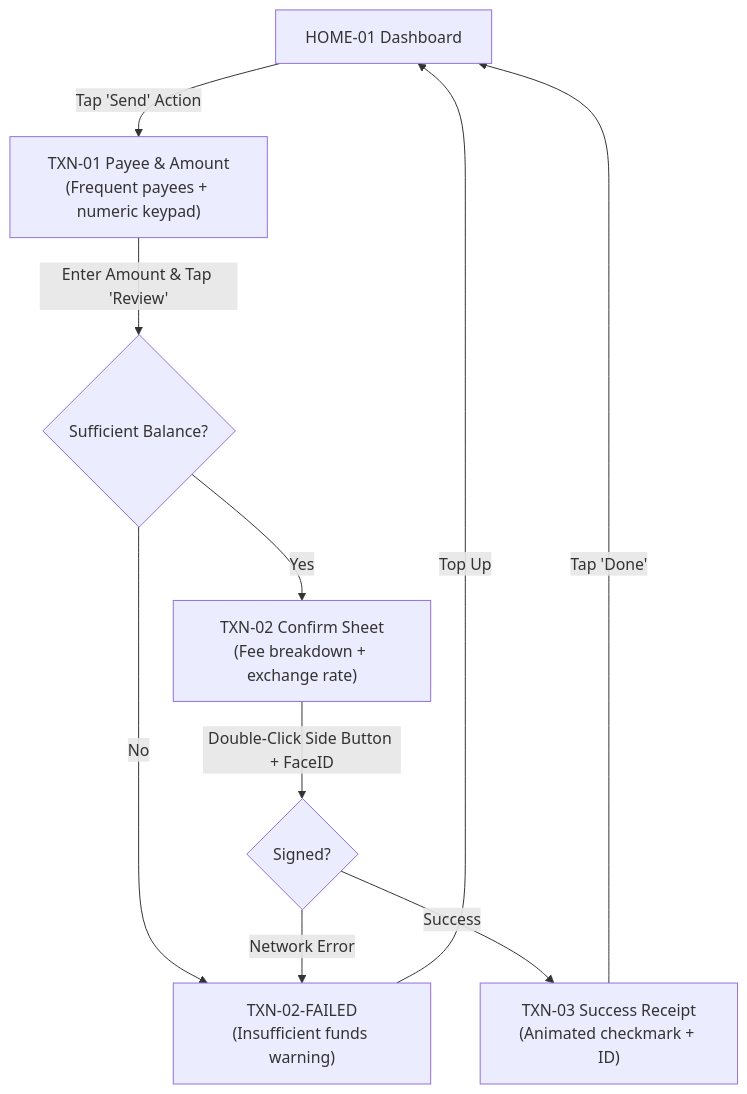
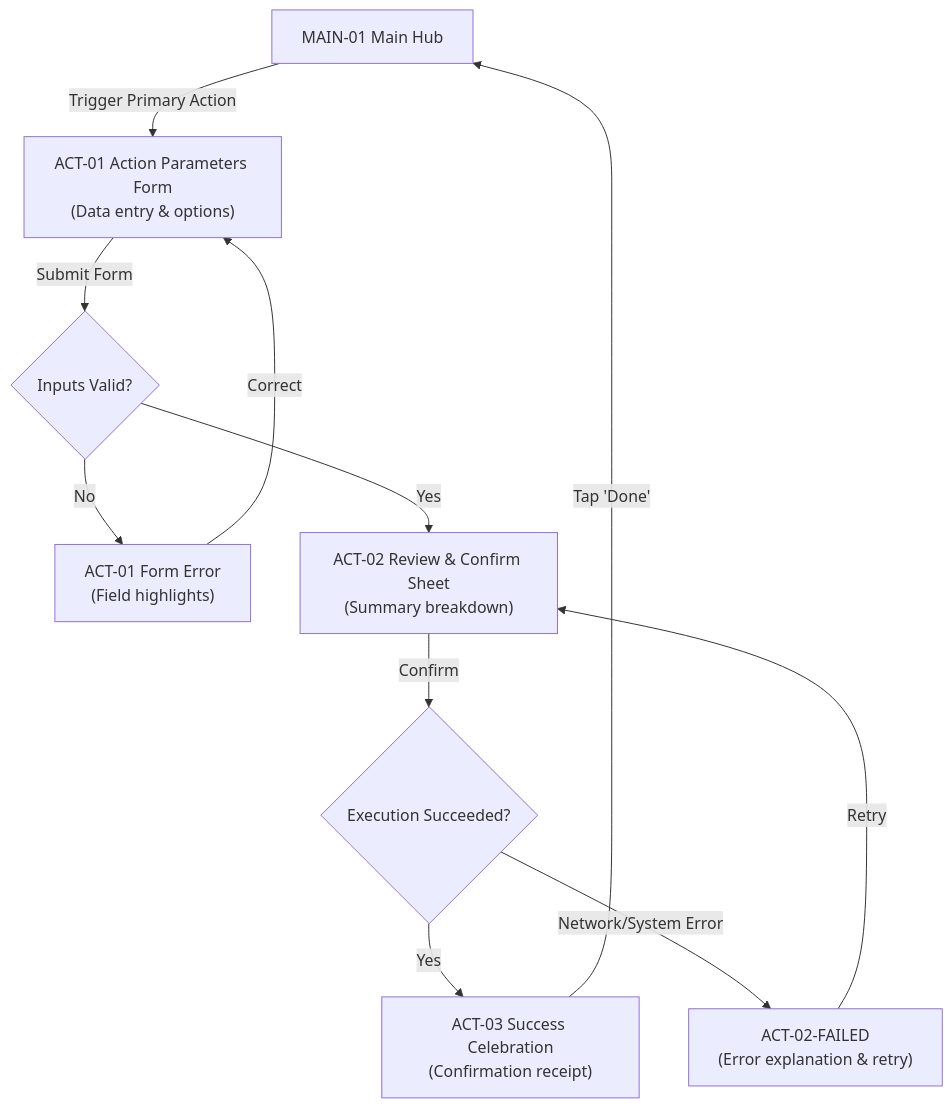
One commit to rik9922/Figma changed the third of 4 diagrams in projects/PROJECT_TEMPLATE/architecture/USER_FLOWS.md. Above: the diagram before and after it, drawn with Mermaid. The commit also changed other lines of this file and 94 other files, not shown here.

````diff
--- a/projects/PROJECT_TEMPLATE/architecture/USER_FLOWS.md
+++ b/projects/PROJECT_TEMPLATE/architecture/USER_FLOWS.md
@@ -35,12 +34,13 @@
 ```mermaid
 flowchart TD
-    HOME01["HOME-01 Dashboard"] -->|Tap 'Send' Action| TXN01["TXN-01 Payee & Amount\n(Frequent payees + numeric keypad)"]
-    TXN01 -->|Enter Amount & Tap 'Review'| BalCheck{Sufficient Balance?}
-    BalCheck -->|No| TXN02FAIL["TXN-02-FAILED\n(Insufficient funds warning)"]
-    TXN02FAIL -->|Top Up| HOME01
-    BalCheck -->|Yes| TXN02["TXN-02 Confirm Sheet\n(Fee breakdown + exchange rate)"]
-    TXN02 -->|Double-Click Side Button + FaceID| SignCheck{Signed?}
-    SignCheck -->|Success| TXN03["TXN-03 Success Receipt\n(Animated checkmark + ID)"]
-    TXN03 -->|Tap 'Done'| HOME01
-    SignCheck -->|Network Error| TXN02FAIL
+    MAIN01["MAIN-01 Main Hub"] -->|Trigger Primary Action| ACT01["ACT-01 Action Parameters Form\n(Data entry & options)"]
+    ACT01 -->|Submit Form| ValCheck{Inputs Valid?}
+    ValCheck -->|No| ACT01ERR["ACT-01 Form Error\n(Field highlights)"]
+    ACT01ERR -->|Correct| ACT01
+    ValCheck -->|Yes| ACT02["ACT-02 Review & Confirm Sheet\n(Summary breakdown)"]
+    ACT02 -->|Confirm| ExecCheck{Execution Succeeded?}
+    ExecCheck -->|Yes| ACT03["ACT-03 Success Celebration\n(Confirmation receipt)"]
+    ExecCheck -->|Network/System Error| ACT02FAIL["ACT-02-FAILED\n(Error explanation & retry)"]
+    ACT02FAIL -->|Retry| ACT02
+    ACT03 -->|Tap 'Done'| MAIN01
 ```
````
